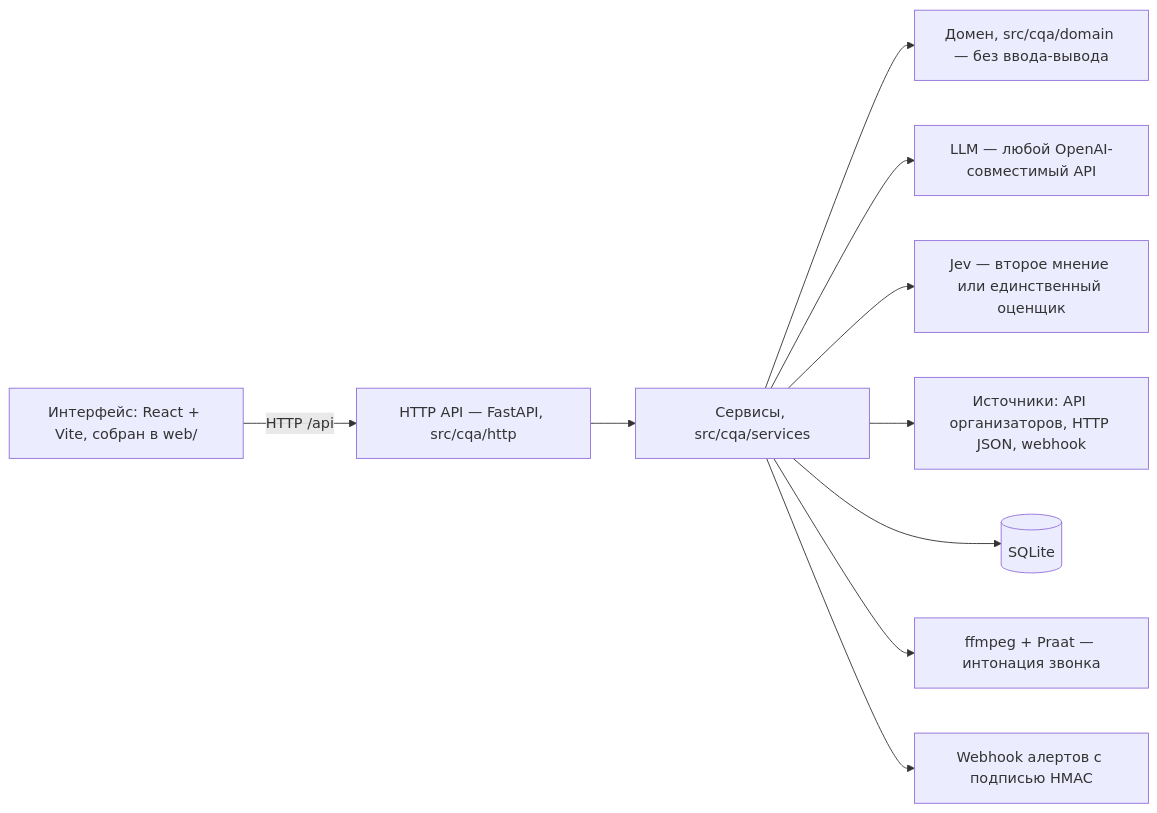
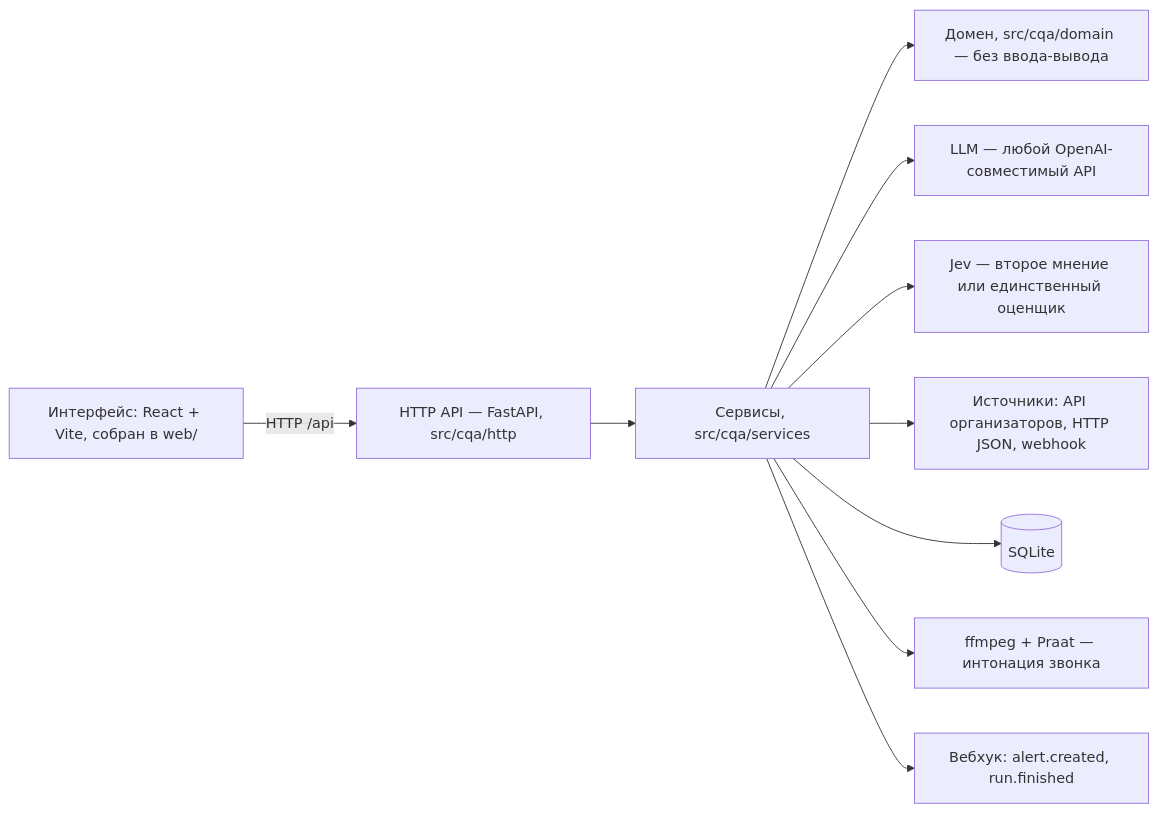
Before and after one commit to analysts-data/analysts: the diagram in README.md, drawn with Mermaid. The commit also changed other lines of this file and 1 other file, not shown here.

Commit message:
docs(readme,pitch): integration API — evaluate, batch, run.finished webhook, bearer token

````diff
--- a/README.md
+++ b/README.md
@@ -91,12 +92,12 @@
 ```mermaid
 flowchart LR
     UI["Интерфейс: React + Vite, собран в web/"] -->|"HTTP /api"| API["HTTP API — FastAPI, src/cqa/http"]
     API --> SVC["Сервисы, src/cqa/services"]
     SVC --> DOM["Домен, src/cqa/domain — без ввода-вывода"]
     SVC --> LLM["LLM — любой OpenAI-совместимый API"]
     SVC --> JEV["Jev — второе мнение или единственный оценщик"]
     SVC --> SRC["Источники: API организаторов, HTTP JSON, webhook"]
     SVC --> DB[("SQLite")]
     SVC --> VOICE["ffmpeg + Praat — интонация звонка"]
-    SVC --> HOOK["Webhook алертов с подписью HMAC"]
+    SVC --> HOOK["Вебхук: alert.created, run.finished"]
 ```
````
